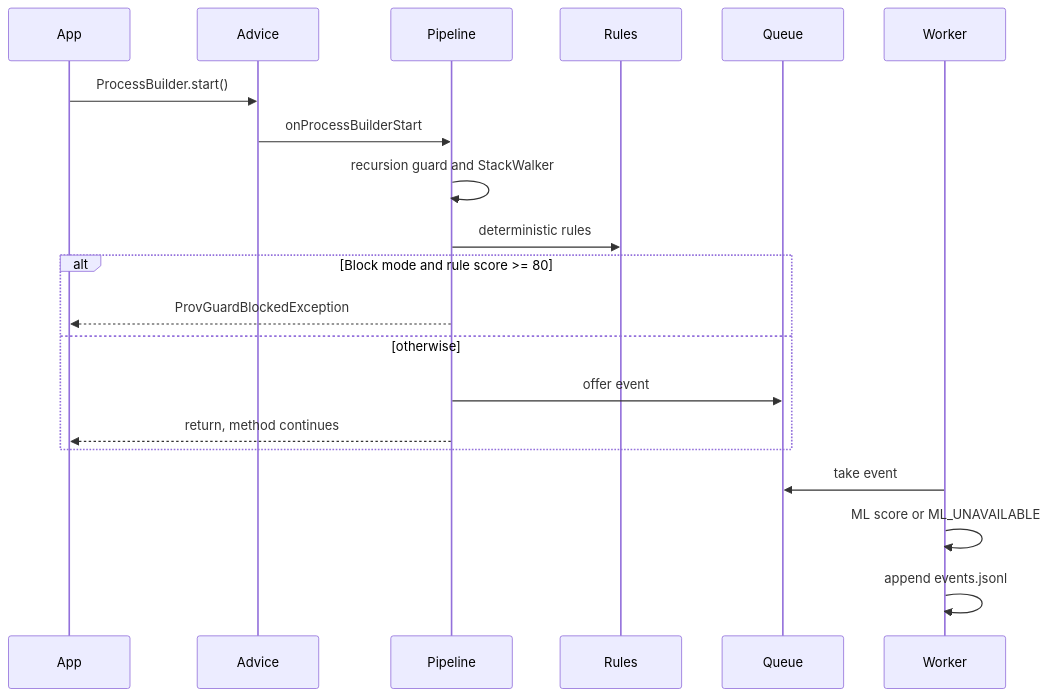
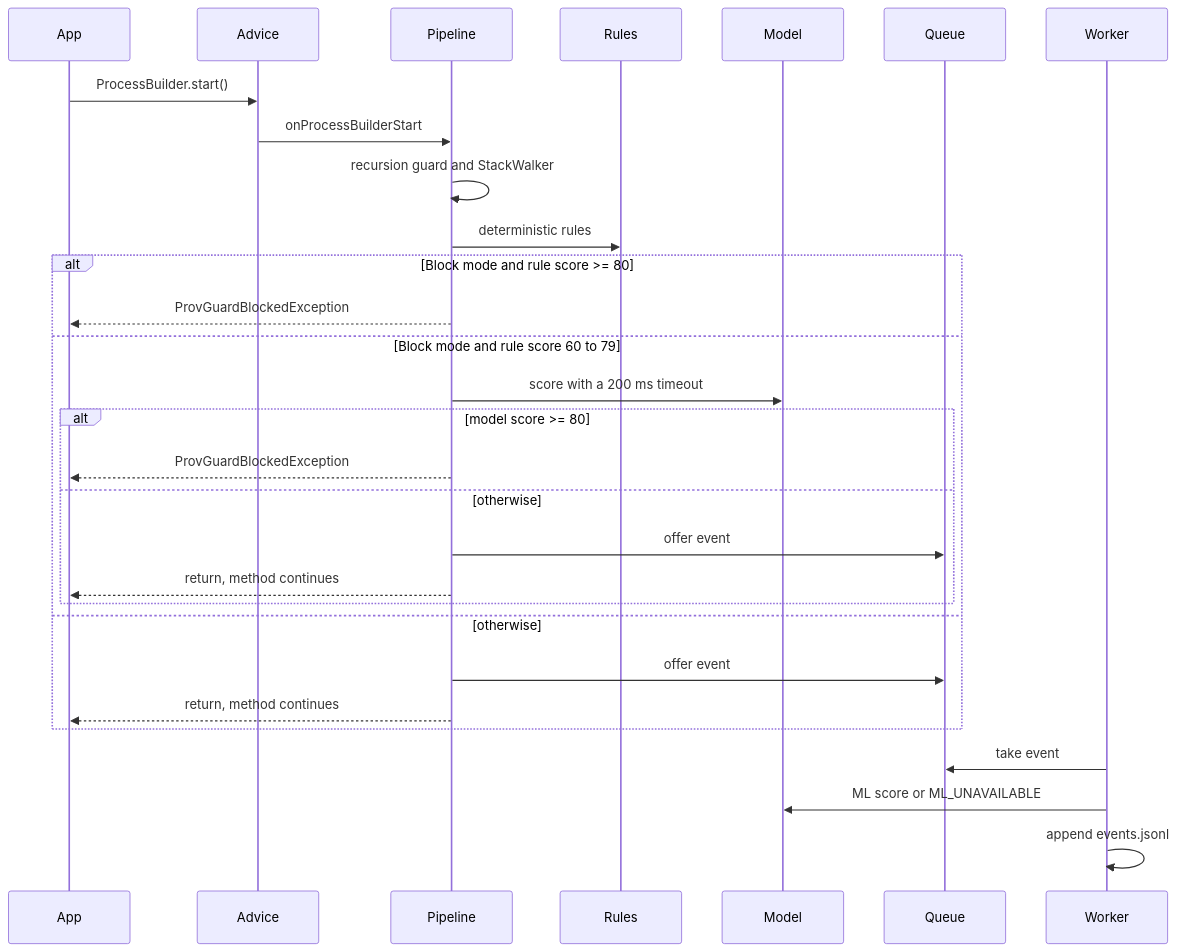
Before and after one commit to aasthaaa25/provguard: the diagram in docs/sequence-diagram.md, drawn with Mermaid. The commit also changed other lines of this file and 17 other files, not shown here.

First line of the commit message:
Correct ProvGuard agent defects found by running the demos.

````diff
--- a/docs/sequence-diagram.md
+++ b/docs/sequence-diagram.md
@@ -3,23 +3,32 @@
 ```mermaid
 sequenceDiagram
     participant App
     participant Advice
     participant Pipeline
     participant Rules
+    participant Model
     participant Queue
     participant Worker
 
     App->>Advice: ProcessBuilder.start()
     Advice->>Pipeline: onProcessBuilderStart
     Pipeline->>Pipeline: recursion guard and StackWalker
     Pipeline->>Rules: deterministic rules
     alt Block mode and rule score >= 80
         Pipeline-->>App: ProvGuardBlockedException
+    else Block mode and rule score 60 to 79
+        Pipeline->>Model: score with a 200 ms timeout
+        alt model score >= 80
+            Pipeline-->>App: ProvGuardBlockedException
+        else otherwise
+            Pipeline->>Queue: offer event
+            Pipeline-->>App: return, method continues
+        end
     else otherwise
         Pipeline->>Queue: offer event
         Pipeline-->>App: return, method continues
     end
     Worker->>Queue: take event
-    Worker->>Worker: ML score or ML_UNAVAILABLE
+    Worker->>Model: ML score or ML_UNAVAILABLE
     Worker->>Worker: append events.jsonl
 ```
````
